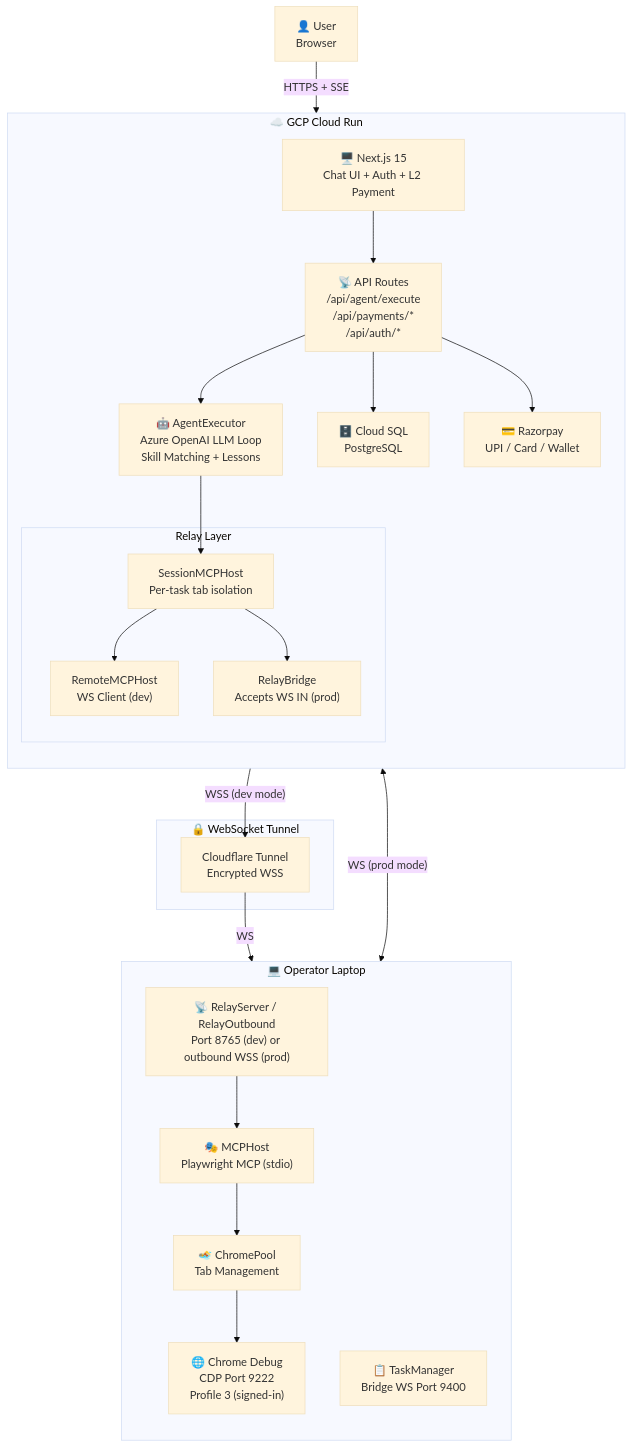
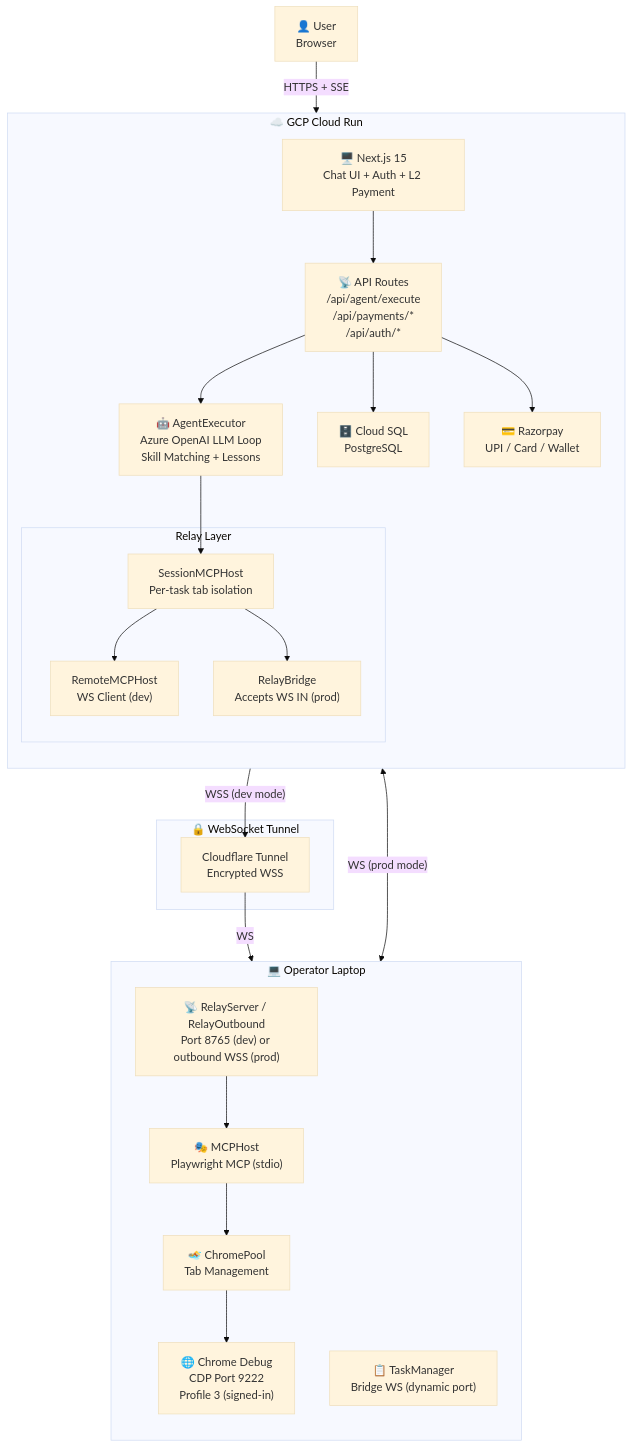
The first of 8 diagrams in docs/ARCHITECTURE.md (rohitsingh30/shofferAi), drawn with Mermaid (base theme) before and after one commit. The commit also changed other lines of this file and 10 other files, not shown here.

First line of the commit message:
docs: fix hardcoded port references — bridge/MCP ports are dynamic (9400-9499)

````diff
--- a/docs/ARCHITECTURE.md
+++ b/docs/ARCHITECTURE.md
@@ -14,47 +14,47 @@
 ```mermaid
 graph TB
     subgraph CLOUD["☁️ GCP Cloud Run"]
         direction TB
         UI["🖥️ Next.js 15<br/>Chat UI + Auth + L2 Payment"]
         API["📡 API Routes<br/>/api/agent/execute<br/>/api/payments/*<br/>/api/auth/*"]
         AGENT["🤖 AgentExecutor<br/>Azure OpenAI LLM Loop<br/>Skill Matching + Lessons"]
         DB["🗄️ Cloud SQL<br/>PostgreSQL"]
         PAY["💳 Razorpay<br/>UPI / Card / Wallet"]
         
         subgraph RELAY_CLOUD["Relay Layer"]
             SMCP["SessionMCPHost<br/>Per-task tab isolation"]
             RMCP["RemoteMCPHost<br/>WS Client (dev)"]
             RB["RelayBridge<br/>Accepts WS IN (prod)"]
         end
         
         UI --> API
         API --> AGENT
         AGENT --> SMCP
         SMCP --> RMCP
         SMCP --> RB
         API --> DB
         API --> PAY
     end
 
     subgraph TUNNEL["🔒 WebSocket Tunnel"]
         CF["Cloudflare Tunnel<br/>Encrypted WSS"]
     end
 
     subgraph LAPTOP["💻 Operator Laptop"]
         direction TB
         RS["📡 RelayServer / RelayOutbound<br/>Port 8765 (dev) or outbound WSS (prod)"]
-        TM["📋 TaskManager<br/>Bridge WS Port 9400"]
+        TM["📋 TaskManager<br/>Bridge WS (dynamic port)"]
         MCP["🎭 MCPHost<br/>Playwright MCP (stdio)"]
         POOL["🏊 ChromePool<br/>Tab Management"]
         CHROME["🌐 Chrome Debug<br/>CDP Port 9222<br/>Profile 3 (signed-in)"]
         
         RS --> MCP
         MCP --> POOL
         POOL --> CHROME
     end
 
     USER["👤 User<br/>Browser"] -->|"HTTPS + SSE"| UI
     RMCP -->|"WSS (dev mode)"| CF
     CF -->|"WS"| RS
     RB <-->|"WS (prod mode)"| RS
 ```
````
